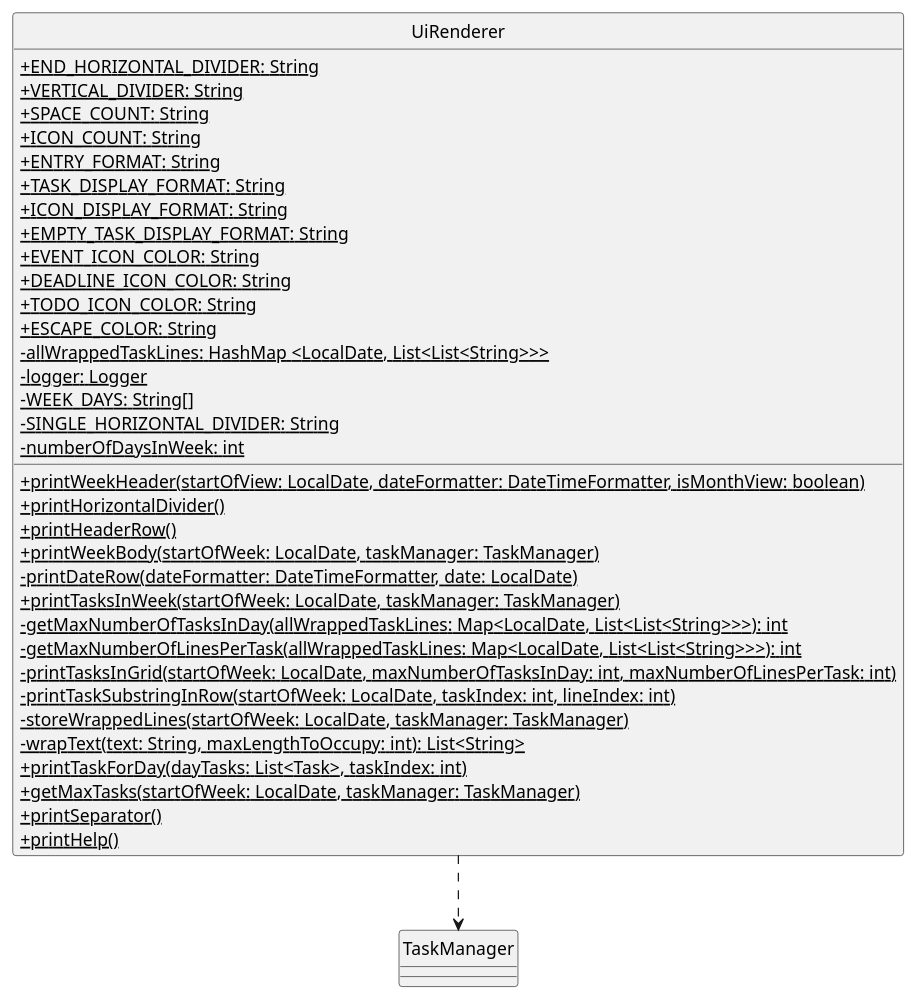
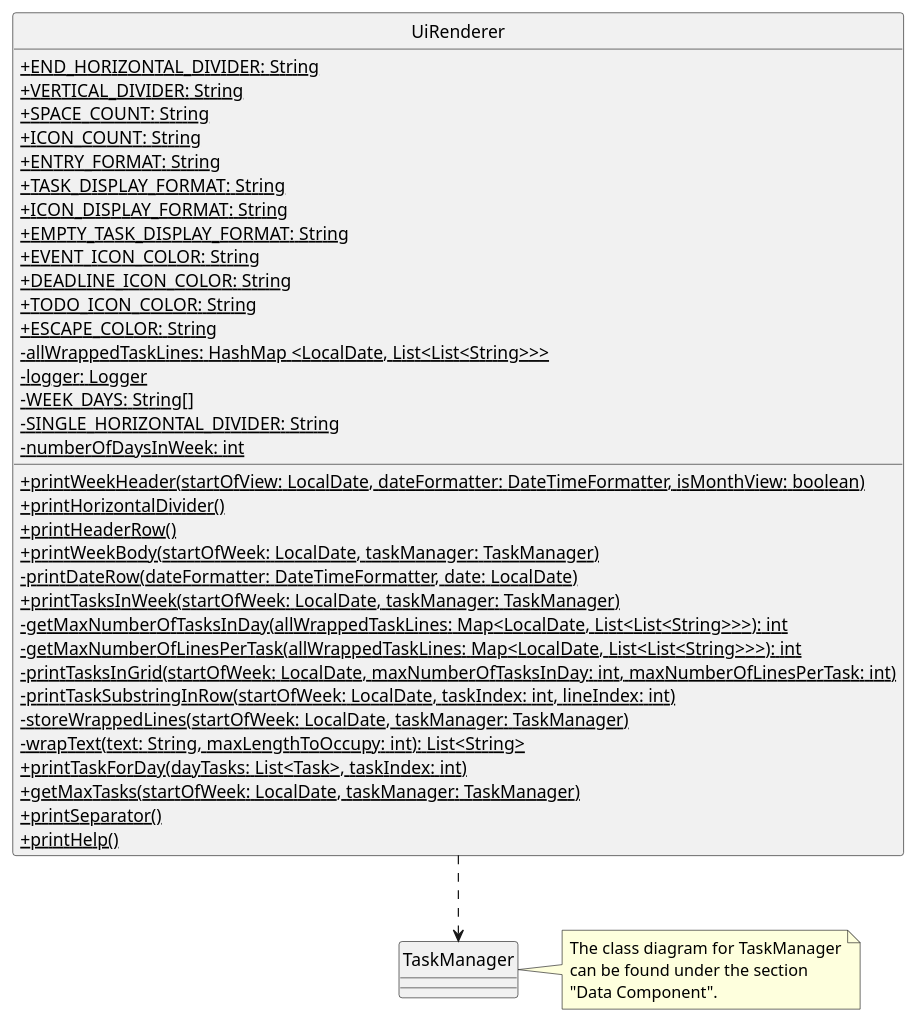
The diagram in docs/diagrams/class/UiRendererClassDiagram.puml (clarencepohh/tp), drawn with PlantUML before and after one commit.

Commit message:
Add note to point to TaskManager class UML

```diff
--- a/docs/diagrams/class/UiRendererClassDiagram.puml
+++ b/docs/diagrams/class/UiRendererClassDiagram.puml
@@ -1,48 +1,54 @@
 @startuml
 
 skinparam classAttributeIconSize 0
 
 class UiRenderer {
     + {static} END_HORIZONTAL_DIVIDER: String
     + {static} VERTICAL_DIVIDER: String
     + {static} SPACE_COUNT: String
     + {static} ICON_COUNT: String
     + {static} ENTRY_FORMAT: String
     + {static} TASK_DISPLAY_FORMAT: String
     + {static} ICON_DISPLAY_FORMAT: String
     + {static} EMPTY_TASK_DISPLAY_FORMAT: String
     + {static} EVENT_ICON_COLOR: String
     + {static} DEADLINE_ICON_COLOR: String
     + {static} TODO_ICON_COLOR: String
     + {static} ESCAPE_COLOR: String
     - {static} allWrappedTaskLines: HashMap <LocalDate, List<List<String>>>
     - {static} logger: Logger
     - {static} WEEK_DAYS: String[]
     - {static} SINGLE_HORIZONTAL_DIVIDER: String
     - {static} numberOfDaysInWeek: int
     + {static} printWeekHeader(startOfView: LocalDate, dateFormatter: DateTimeFormatter, isMonthView: boolean)
     + {static} printHorizontalDivider()
     + {static} printHeaderRow()
     + {static} printWeekBody(startOfWeek: LocalDate, taskManager: TaskManager)
     - {static} printDateRow(dateFormatter: DateTimeFormatter, date: LocalDate)
     + {static} printTasksInWeek(startOfWeek: LocalDate, taskManager: TaskManager)
     - {static} getMaxNumberOfTasksInDay(allWrappedTaskLines: Map<LocalDate, List<List<String>>>): int
     - {static} getMaxNumberOfLinesPerTask(allWrappedTaskLines: Map<LocalDate, List<List<String>>>): int
     - {static} printTasksInGrid(startOfWeek: LocalDate, maxNumberOfTasksInDay: int, maxNumberOfLinesPerTask: int)
     - {static} printTaskSubstringInRow(startOfWeek: LocalDate, taskIndex: int, lineIndex: int)
     - {static} storeWrappedLines(startOfWeek: LocalDate, taskManager: TaskManager)
     - {static} wrapText(text: String, maxLengthToOccupy: int): List<String>
     + {static} printTaskForDay(dayTasks: List<Task>, taskIndex: int)
     + {static} getMaxTasks(startOfWeek: LocalDate, taskManager: TaskManager)
     + {static} printSeparator()
     + {static} printHelp()
 }
 
 class TaskManager {
 }
 
 UiRenderer ..> TaskManager
 
+note right of TaskManager
+  The class diagram for TaskManager
+  can be found under the section 
+  "Data Component".
+end note
+
 hide circle
 
 @enduml
```
